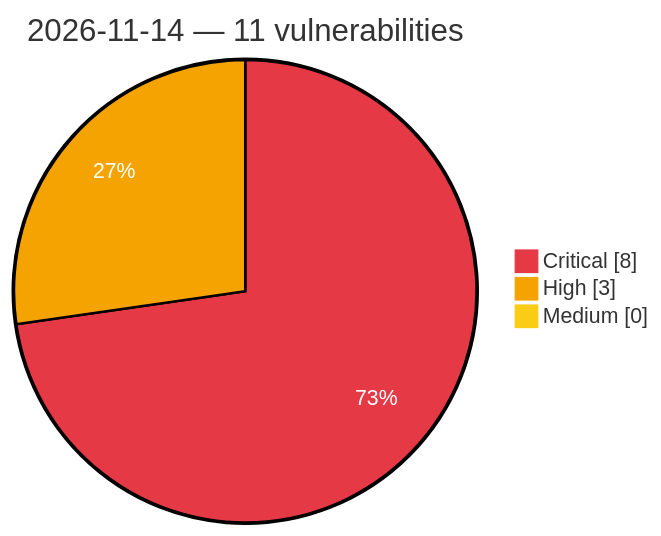
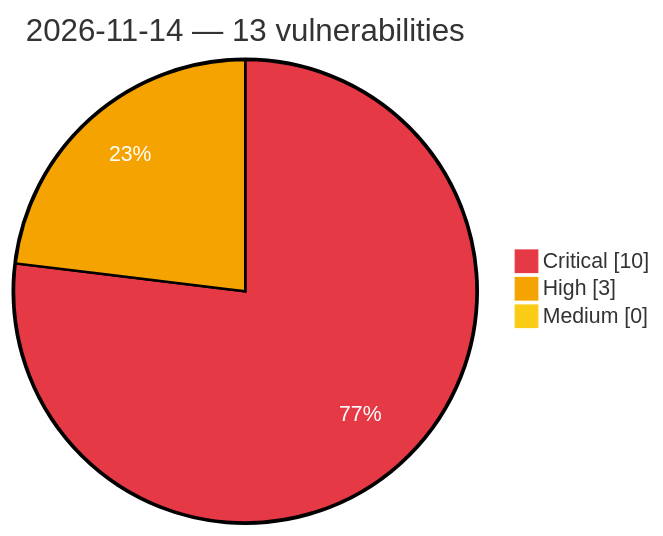
The diagram in vulnerabilities/2026/November/2026-11-14.md (GhostX0X/vuln-tracker), drawn with Mermaid before and after one commit. The commit also changed other lines of this file and 8 other files, not shown here.

````diff
--- a/vulnerabilities/2026/November/2026-11-14.md
+++ b/vulnerabilities/2026/November/2026-11-14.md
@@ -3,8 +3,8 @@
 ```mermaid
 %%{init: {'theme':'base', 'themeVariables': {'pie1':'#e63946', 'pie2':'#f4a300', 'pie3':'#facc15', 'pieOpacity':'1', 'pieOuterStrokeWidth':'2px', 'pieSectionTextColor':'#ffffff'}}}%%
 pie showData
-    title 2026-11-14 — 11 vulnerabilities
-    "Critical" : 8
+    title 2026-11-14 — 13 vulnerabilities
+    "Critical" : 10
     "High" : 3
     "Medium" : 0
 ```
````
